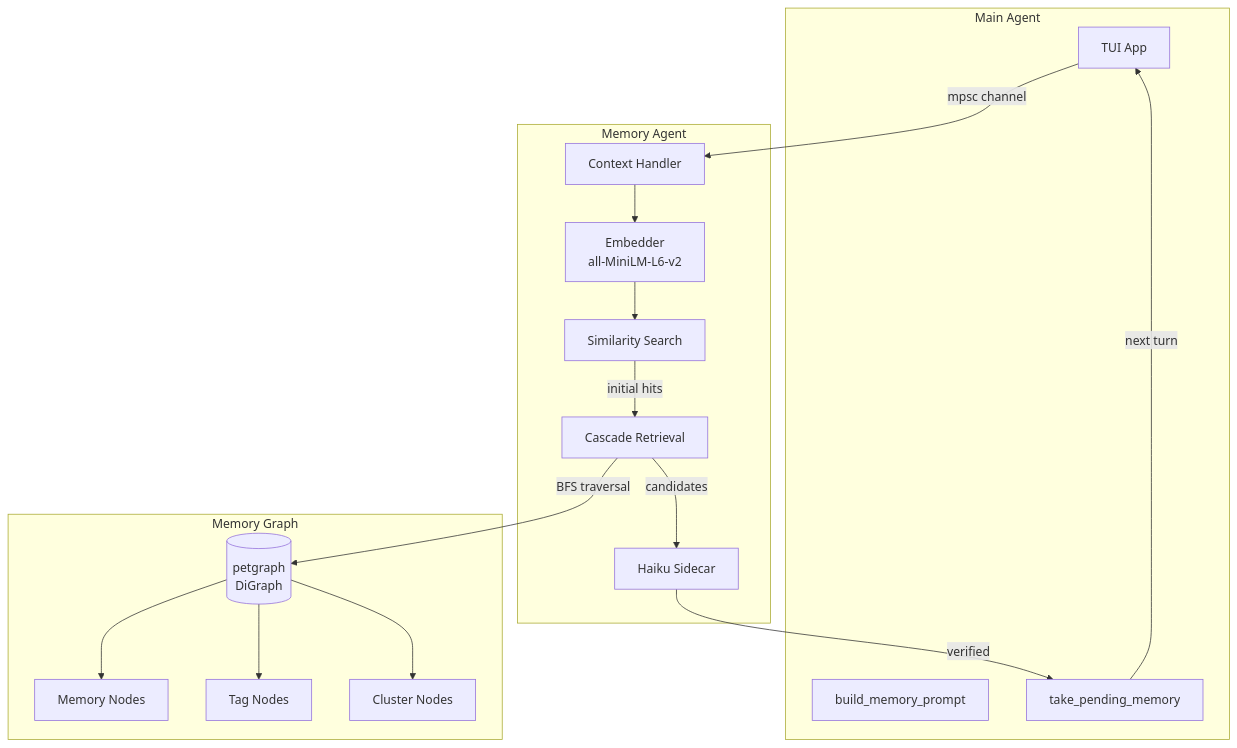
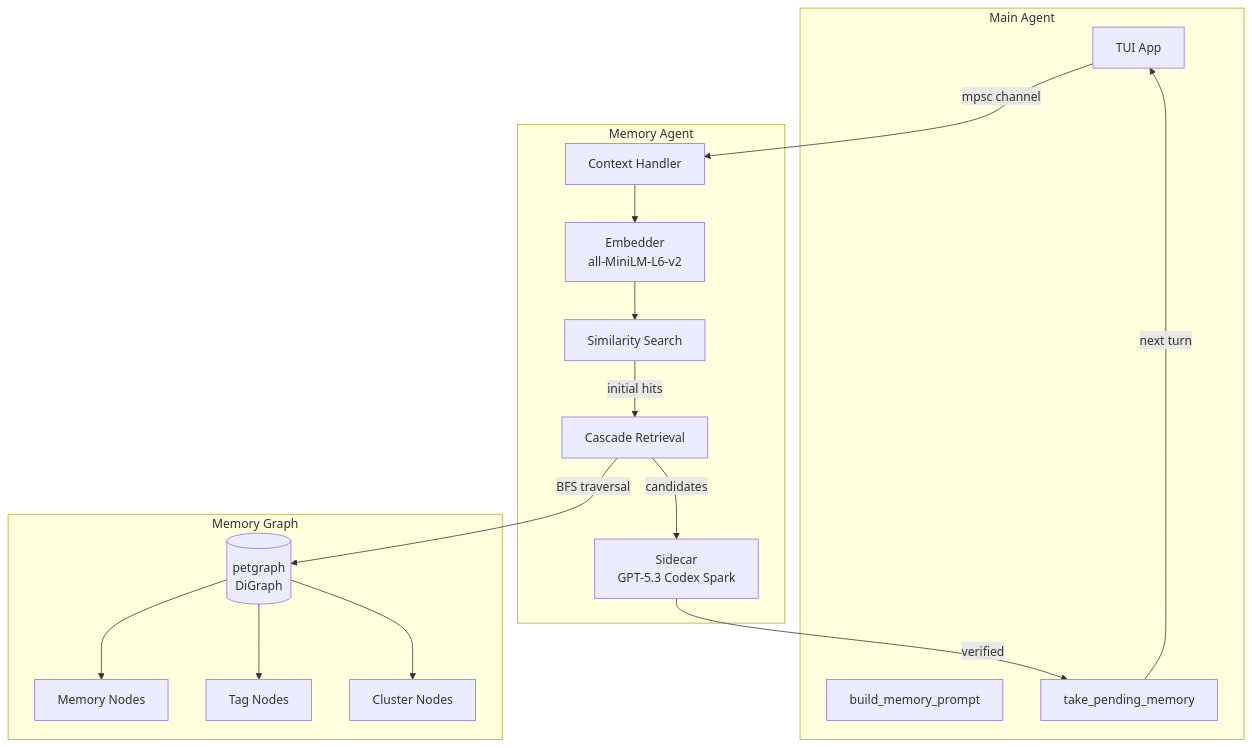
One commit to iamrohithrnair/minnal changed the first of 8 diagrams in docs/MEMORY_ARCHITECTURE.md. Above: the diagram before and after it, drawn with Mermaid. The commit also changed other lines of this file and 12 other files, not shown here.

````diff
--- a/docs/MEMORY_ARCHITECTURE.md
+++ b/docs/MEMORY_ARCHITECTURE.md
@@ -22,35 +22,35 @@
 ```mermaid
 graph TB
     subgraph "Main Agent"
         MA[TUI App]
         MP[build_memory_prompt]
         TP[take_pending_memory]
     end
 
     subgraph "Memory Agent"
         CH[Context Handler]
         EMB[Embedder<br/>all-MiniLM-L6-v2]
         SR[Similarity Search]
         CR[Cascade Retrieval]
-        HC[Haiku Sidecar]
+        HC[Sidecar<br/>GPT-5.3 Codex Spark]
     end
 
     subgraph "Memory Graph"
         MG[(petgraph<br/>DiGraph)]
         MS[Memory Nodes]
         TN[Tag Nodes]
         CN[Cluster Nodes]
     end
 
     MA -->|mpsc channel| CH
     CH --> EMB
     EMB --> SR
     SR -->|initial hits| CR
     CR -->|BFS traversal| MG
     MG --> MS
     MG --> TN
     MG --> CN
     CR -->|candidates| HC
     HC -->|verified| TP
     TP -->|next turn| MA
 ```
````
